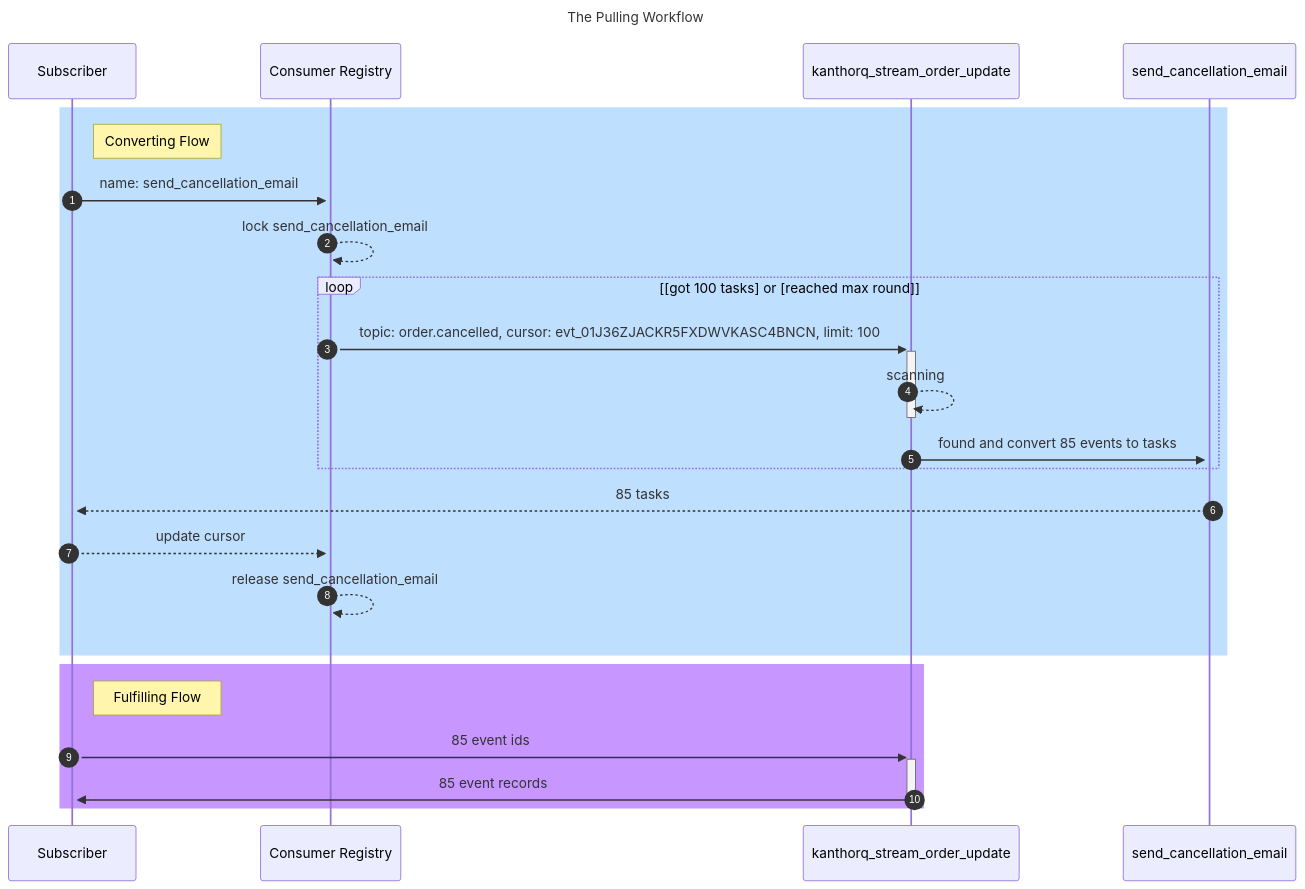
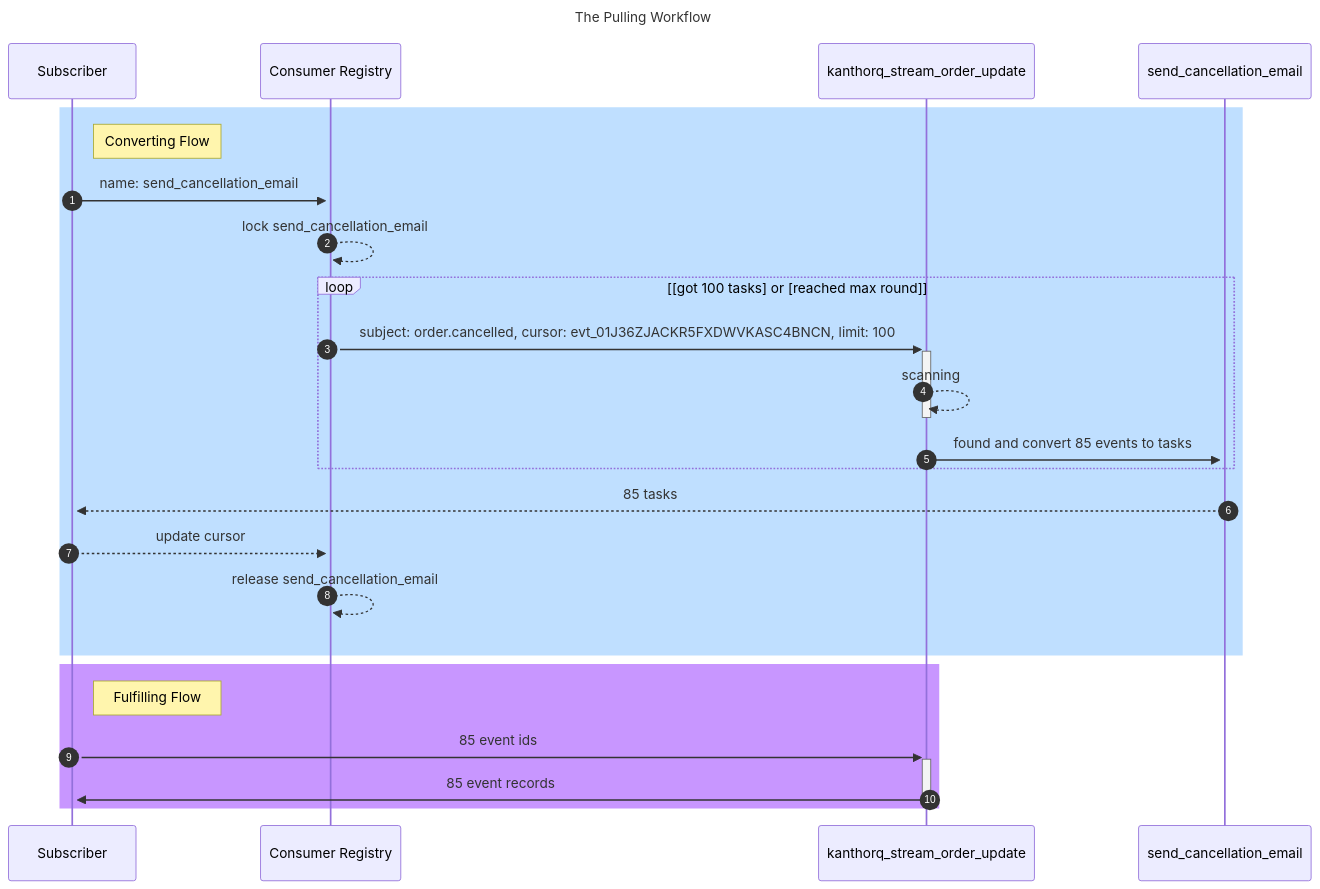
Before and after one commit to kanthorlabs/kanthorq: the first of 2 diagrams in website/docs/002-concepts/007-subscriber.md, drawn with Mermaid. The commit also changed other lines of this file and 66 other files, not shown here.

````diff
--- a/website/docs/002-concepts/007-subscriber.md
+++ b/website/docs/002-concepts/007-subscriber.md
@@ -15,33 +15,33 @@
 ```mermaid
 ---
 title: The Pulling Workflow
 ---
 sequenceDiagram
   autonumber
 
   rect rgb(191, 223, 255)
   note right of Subscriber: Converting Flow
 
   Subscriber ->> +Consumer Registry: name: send_cancellation_email
   Consumer Registry -->> Consumer Registry: lock send_cancellation_email
   loop [got 100 tasks] or [reached max round]
-    Consumer Registry ->> +kanthorq_stream_order_update: topic: order.cancelled, cursor: evt_01J36ZJACKR5FXDWVKASC4BNCN, limit: 100
+    Consumer Registry ->> +kanthorq_stream_order_update: subject: order.cancelled, cursor: evt_01J36ZJACKR5FXDWVKASC4BNCN, limit: 100
     kanthorq_stream_order_update -->> -kanthorq_stream_order_update: scanning
     kanthorq_stream_order_update ->> +send_cancellation_email: found and convert 85 events to tasks
   end
 
   send_cancellation_email -->> +Subscriber: 85 tasks
   Subscriber -->> Consumer Registry: update cursor
   Consumer Registry -->> Consumer Registry: release send_cancellation_email
 
   end
 
   rect rgb(200, 150, 255)
   note right of Subscriber: Fulfilling Flow
 
   Subscriber ->> +kanthorq_stream_order_update: 85 event ids
   kanthorq_stream_order_update ->> -Subscriber: 85 event records
   end
 
 
 ```
````
